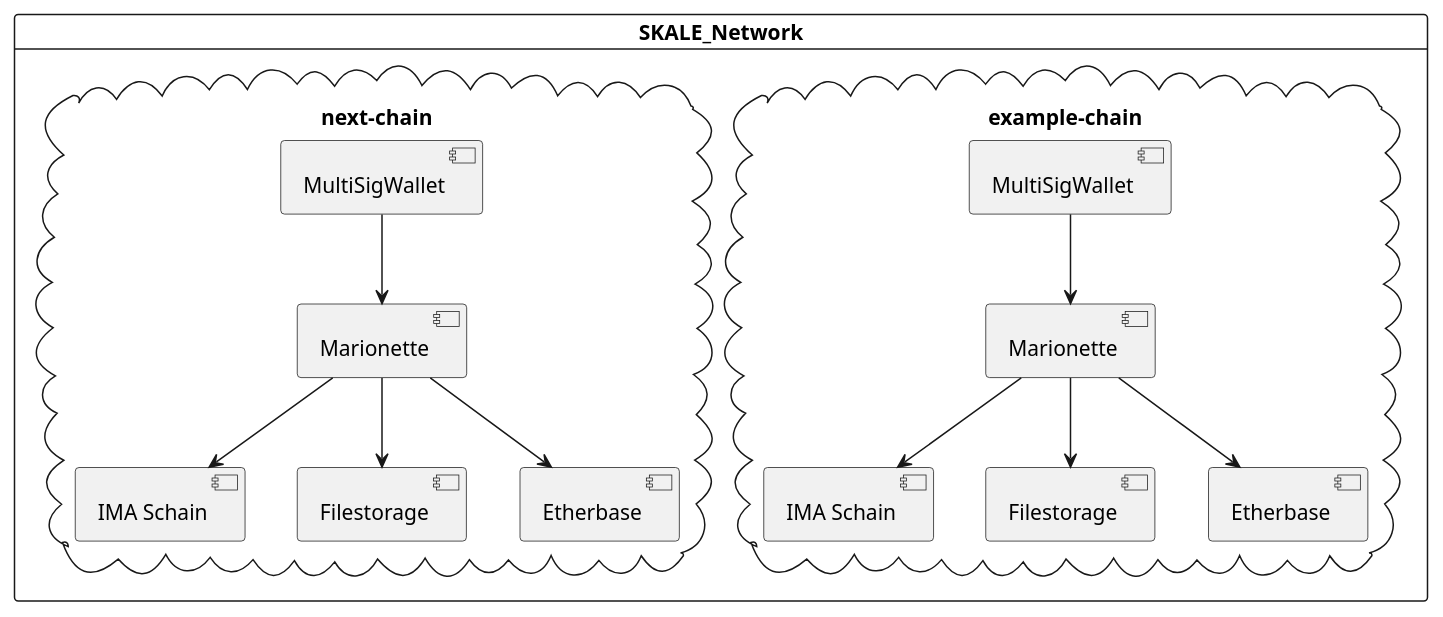
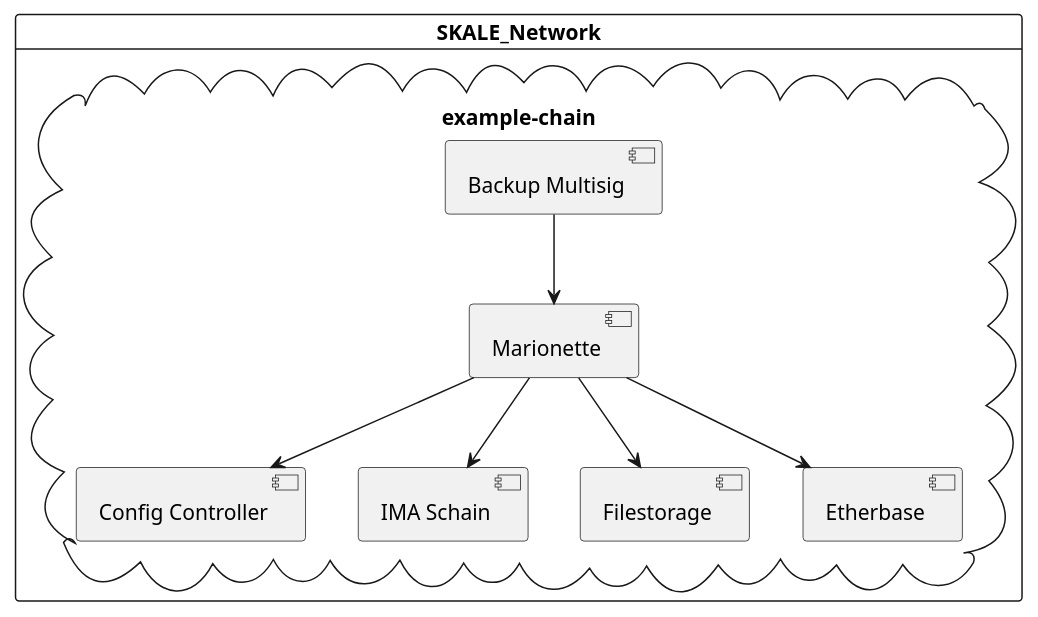
One commit to twizzworld/docs.skale.network changed the diagram in components/develop/modules/ROOT/pages/multisig-setup.adoc. Above: the diagram before and after it, drawn with PlantUML. The commit also changed other lines of this file and 2 other files, not shown here.

Commit message:
Update multisig docs

```diff
--- a/components/develop/modules/ROOT/pages/multisig-setup.adoc
+++ b/components/develop/modules/ROOT/pages/multisig-setup.adoc
@@ -14,33 +14,25 @@
 [plantuml]
 ....
 @startuml
 
 card SKALE_Network {
     cloud "example-chain" as ec {
+        [Config Controller] as cc
         [IMA Schain] as is
         [Filestorage] as fs
         [Etherbase] as eb
         [Marionette] as mn
-        [MultiSigWallet] as ms
-    }
-    cloud "next-chain" as nc {
-        [IMA Schain] as is2
-        [Filestorage] as fs2
-        [Etherbase] as eb2
-        [Marionette] as mn2
-        [MultiSigWallet] as ms2
+        [Backup Multisig] as msp
     }
     
 }
 
-ms --> mn
+mn --> cc
 mn --> eb
 mn --> fs
 mn --> is
-ms2 --> mn2
-mn2 --> eb2
-mn2 --> fs2
-mn2 --> is2
+msp --> mn
+
 
 @enduml
 ....
```
